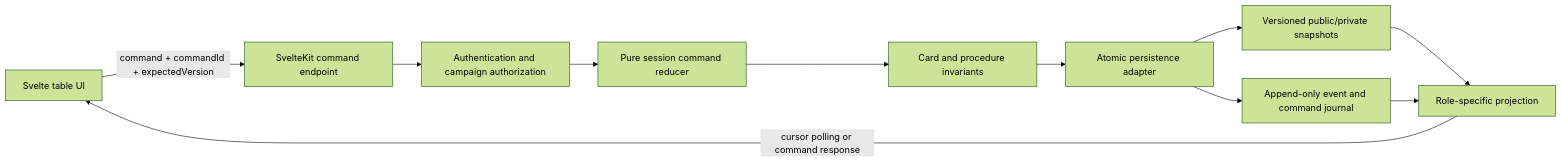
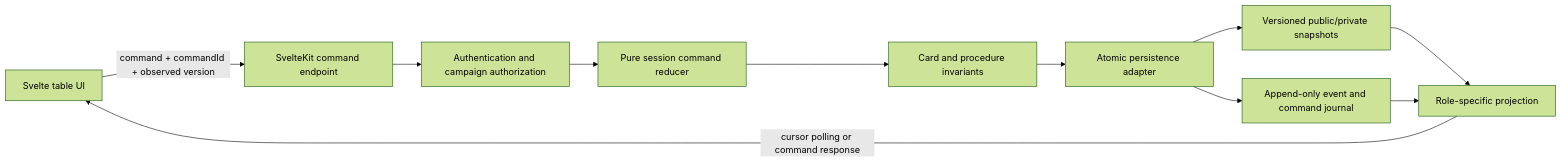
The diagram in docs/superpowers/specs/2026-07-15-campaigns-shared-tarot-design.md (arrowedisgaming/guild-book), drawn with Mermaid (forest theme) before and after one commit. The commit also changed other lines of this file, not shown here.

````diff
--- a/docs/superpowers/specs/2026-07-15-campaigns-shared-tarot-design.md
+++ b/docs/superpowers/specs/2026-07-15-campaigns-shared-tarot-design.md
@@ -64,13 +67,13 @@
 ```mermaid
 flowchart LR
-    UI["Svelte table UI"] -->|"command + commandId + expectedVersion"| API["SvelteKit command endpoint"]
+    UI["Svelte table UI"] -->|"command + commandId + observed version"| API["SvelteKit command endpoint"]
     API --> AUTH["Authentication and campaign authorization"]
     AUTH --> REDUCER["Pure session command reducer"]
     REDUCER --> INV["Card and procedure invariants"]
     INV --> TX["Atomic persistence adapter"]
     TX --> SNAP["Versioned public/private snapshots"]
     TX --> JOURNAL["Append-only event and command journal"]
     SNAP --> PROJECT["Role-specific projection"]
     JOURNAL --> PROJECT
     PROJECT -->|"cursor polling or command response"| UI
 ```
````
